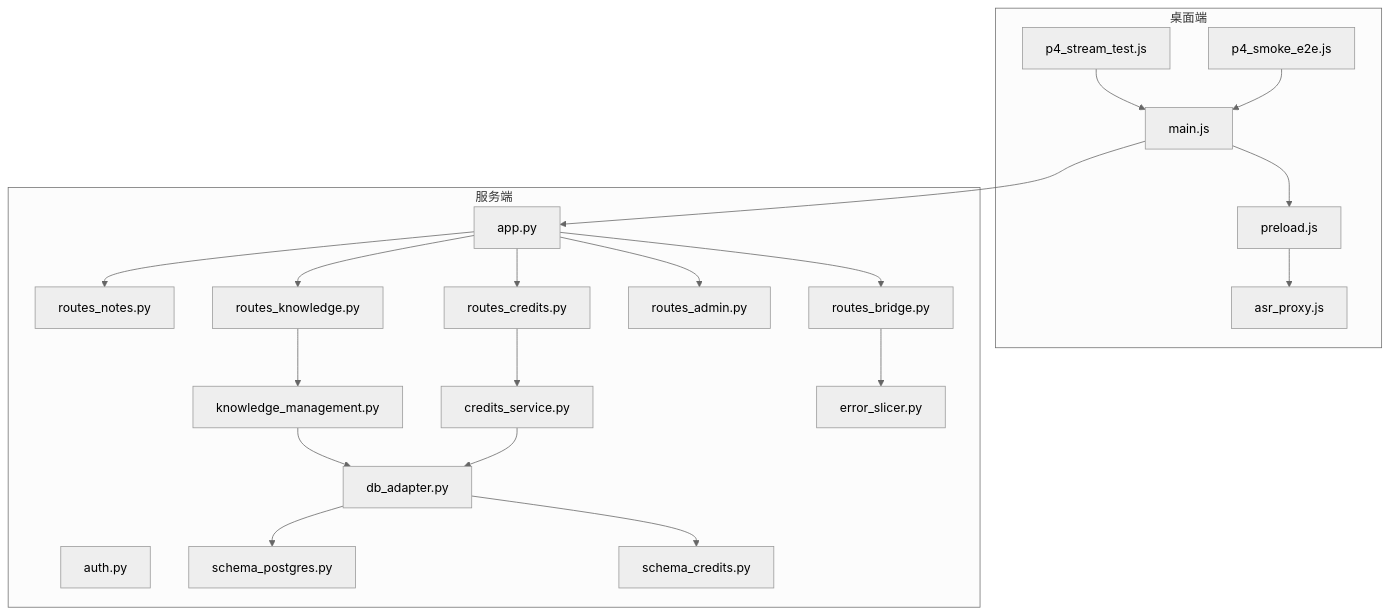
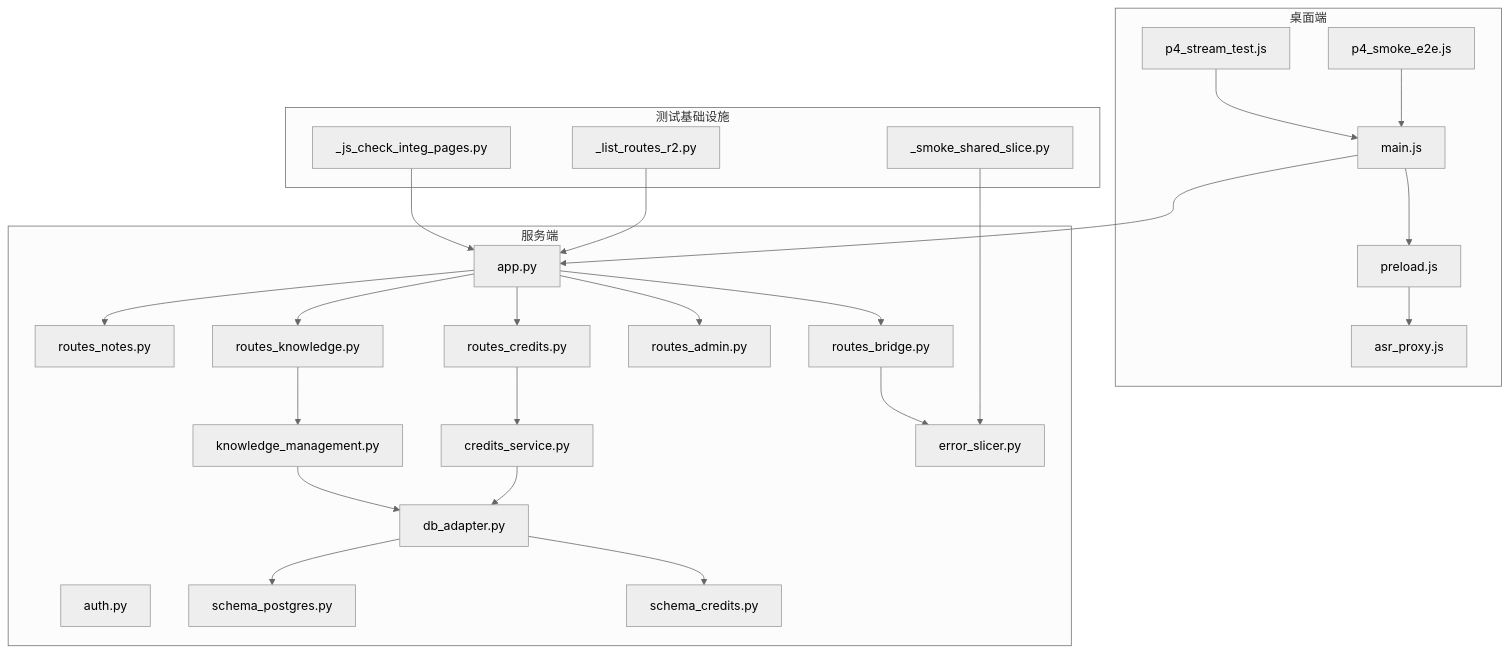
Before and after one commit to abokyoy/LectureLearnLoop: the first of 11 diagrams in .qoder/repowiki/zh/content/测试指南.md, drawn with Mermaid (neutral theme). The commit also changed other lines of this file and 268 other files, not shown here.

````diff
--- a/.qoder/repowiki/zh/content/测试指南.md
+++ b/.qoder/repowiki/zh/content/测试指南.md
@@ -59,42 +72,50 @@
 ```mermaid
 graph TB
 subgraph "桌面端"
 DMain["main.js"]
 DPreload["preload.js"]
 DASR["asr_proxy.js"]
 DTest1["p4_stream_test.js"]
 DTest2["p4_smoke_e2e.js"]
 end
 subgraph "服务端"
 AApp["app.py"]
 ARoutesNotes["routes_notes.py"]
 ARoutesKnowledge["routes_knowledge.py"]
 ARoutesBridge["routes_bridge.py"]
 ARoutesAdmin["routes_admin.py"]
 ARoutesCredits["routes_credits.py"]
 AAuth["auth.py"]
 AKM["knowledge_management.py"]
 ACS["credits_service.py"]
 ADAL["db_adapter.py"]
 ASchemaPG["schema_postgres.py"]
 ASchemaCredits["schema_credits.py"]
 AErrSlicer["error_slicer.py"]
 end
+subgraph "测试基础设施"
+TSharedSlice["_smoke_shared_slice.py"]
+TJSInteg["_js_check_integ_pages.py"]
+TRoutesR2["_list_routes_r2.py"]
+end
 DMain --> DPreload
 DPreload --> DASR
 DTest1 --> DMain
 DTest2 --> DMain
 DMain --> AApp
 AApp --> ARoutesNotes
 AApp --> ARoutesKnowledge
 AApp --> ARoutesBridge
 AApp --> ARoutesAdmin
 AApp --> ARoutesCredits
 ARoutesKnowledge --> AKM
 ARoutesCredits --> ACS
 AKM --> ADAL
 ACS --> ADAL
 ADAL --> ASchemaPG
 ADAL --> ASchemaCredits
 ARoutesBridge --> AErrSlicer
+TSharedSlice --> AErrSlicer
+TJSInteg --> AApp
+TRoutesR2 --> AApp
 ```
````
